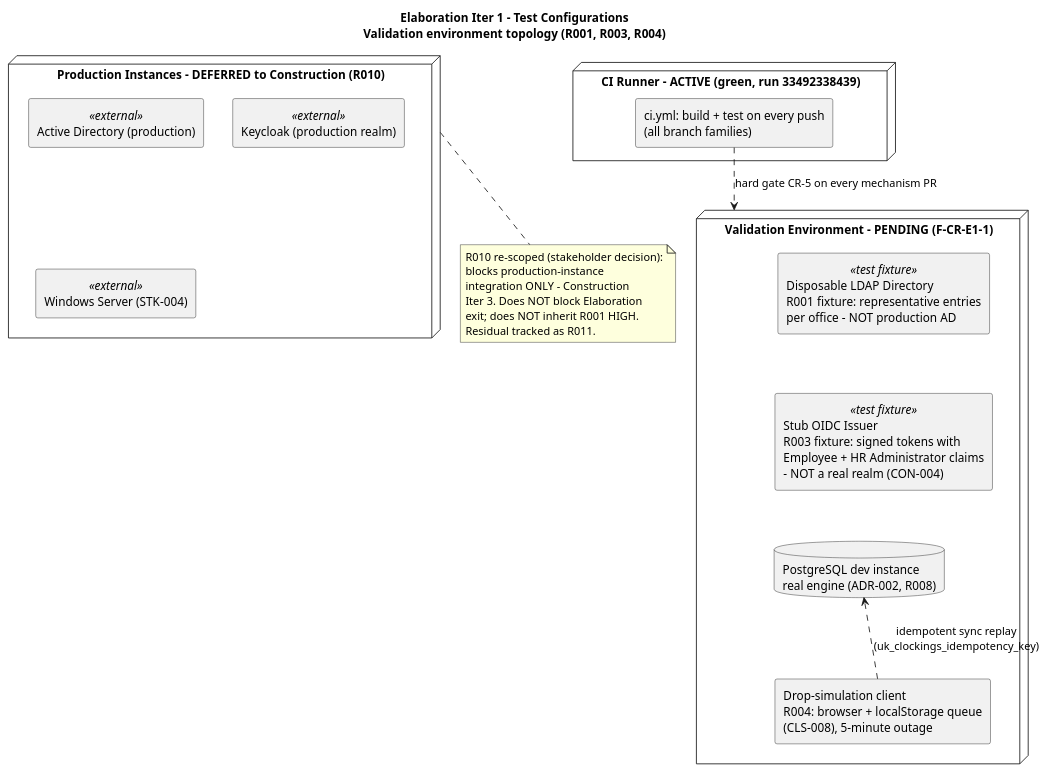
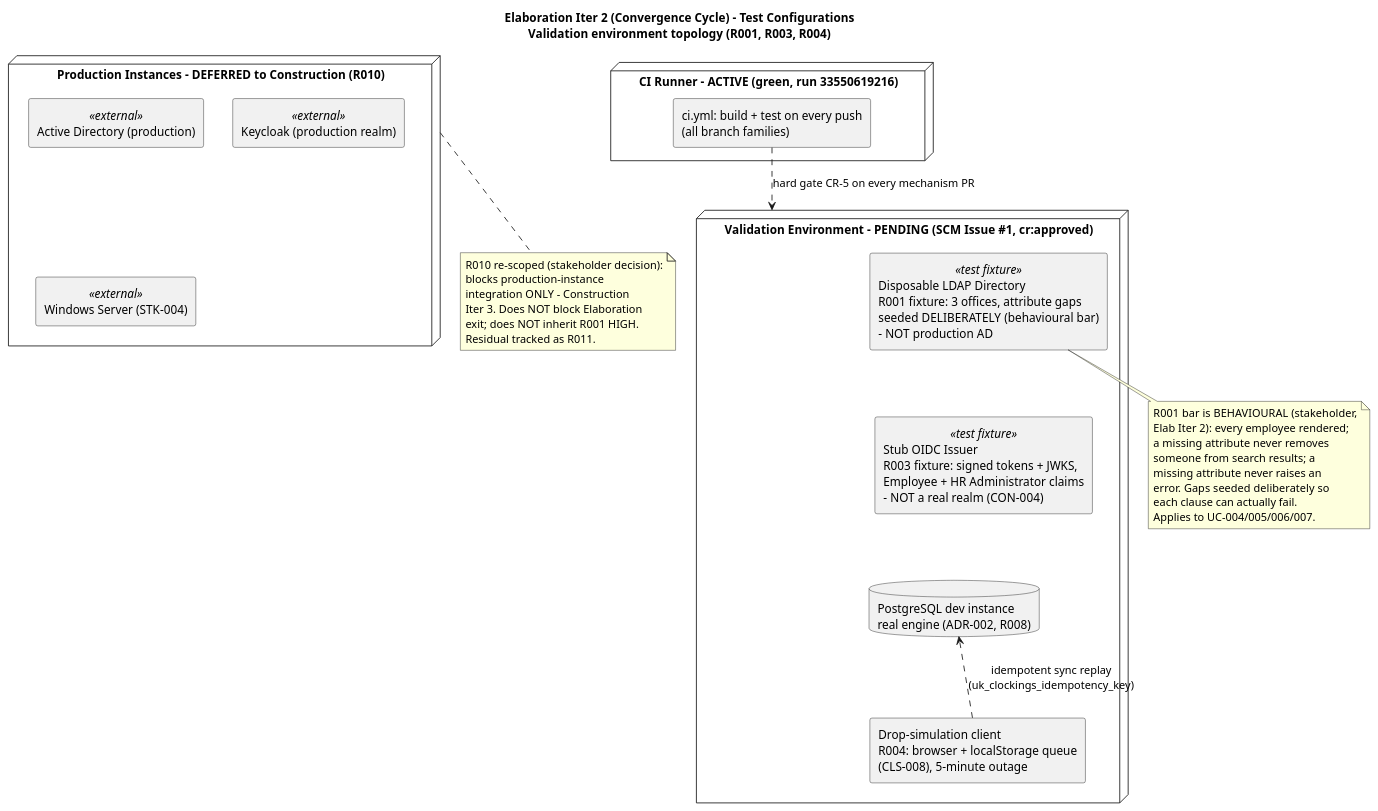
One commit to banense-test/employee-portal changed the first of 5 diagrams in docs/artifacts/test/test-evaluation-summary.md. Above: the diagram before and after it, drawn with PlantUML. The commit also changed other lines of this file, not shown here.

First line of the commit message:
Test Manager [E2]: upsert Test Evaluation Summary

````diff
--- a/docs/artifacts/test/test-evaluation-summary.md
+++ b/docs/artifacts/test/test-evaluation-summary.md
@@ -37,39 +39,50 @@
 ```plantuml
 @startuml
 skinparam componentStyle rectangle
 skinparam fontSize 11
-title Elaboration Iter 1 - Test Configurations\nValidation environment topology (R001, R003, R004)
+title Elaboration Iter 2 (Convergence Cycle) - Test Configurations\nValidation environment topology (R001, R003, R004)
 
-node "CI Runner - ACTIVE (green, run 33492338439)" as CI {
+node "CI Runner - ACTIVE (green, run 33550619216)" as CI {
   component "ci.yml: build + test on every push\n(all branch families)" as CIPIPE
 }
 
-node "Validation Environment - PENDING (F-CR-E1-1)" as VAL {
-  component "Disposable LDAP Directory\nR001 fixture: representative entries\nper office - NOT production AD" as LDAPD <<test fixture>>
-  component "Stub OIDC Issuer\nR003 fixture: signed tokens with\nEmployee + HR Administrator claims\n- NOT a real realm (CON-004)" as STUB <<test fixture>>
+node "Validation Environment - PENDING (SCM Issue #1, cr:approved)" as VAL {
+  component "Disposable LDAP Directory\nR001 fixture: 3 offices, attribute gaps\nseeded DELIBERATELY (behavioural bar)\n- NOT production AD" as LDAPD <<test fixture>>
+  component "Stub OIDC Issuer\nR003 fixture: signed tokens + JWKS,\nEmployee + HR Administrator claims\n- NOT a real realm (CON-004)" as STUB <<test fixture>>
   database "PostgreSQL dev instance\nreal engine (ADR-002, R008)" as PGDEV
   component "Drop-simulation client\nR004: browser + localStorage queue\n(CLS-008), 5-minute outage" as DROP
 }
 
 node "Production Instances - DEFERRED to Construction (R010)" as PROD {
   component "Active Directory (production)" as ADP <<external>>
   component "Keycloak (production realm)" as KCP <<external>>
   component "Windows Server (STK-004)" as WSP <<external>>
 }
 
 CIPIPE ..> VAL : hard gate CR-5 on every mechanism PR
 DROP ..> PGDEV : idempotent sync replay\n(uk_clockings_idempotency_key)
 LDAPD -[hidden]-> STUB
 STUB -[hidden]-> PGDEV
 PGDEV -[hidden]-> DROP
 
+note bottom of LDAPD
+  R001 bar is BEHAVIOURAL (stakeholder,
+  Elab Iter 2): every employee rendered;
+  a missing attribute never removes
+  someone from search results; a
+  missing attribute never raises an
+  error. Gaps seeded deliberately so
+  each clause can actually fail.
+  Applies to UC-004/005/006/007.
+end note
+
 note bottom of PROD
   R010 re-scoped (stakeholder decision):
   blocks production-instance
   integration ONLY - Construction
   Iter 3. Does NOT block Elaboration
   exit; does NOT inherit R001 HIGH.
   Residual tracked as R011.
 end note
 @enduml
 ```
````
